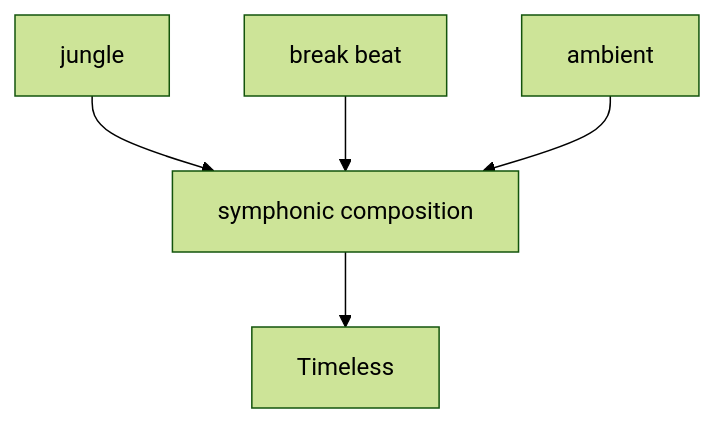
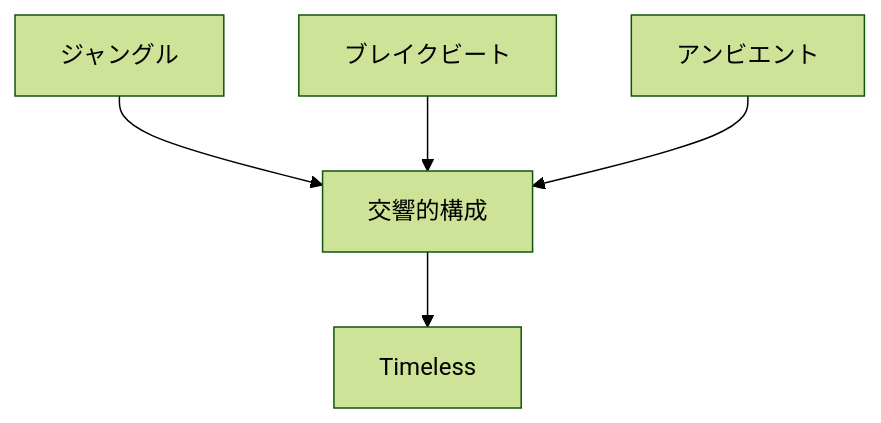
One commit to monumental-movement/monumental-movement.github.io changed the fifth of 10 diagrams in en/_posts/2026-07-03-column-influential-album-07.md. Above: the diagram before and after it, drawn with Mermaid (forest theme). The commit also changed other lines of this file and 2196 other files, not shown here.

```diff
--- a/en/_posts/2026-07-03-column-influential-album-07.md
+++ b/en/_posts/2026-07-03-column-influential-album-07.md
@@ -923,15 +921,15 @@
 <div class="mermaid">
 flowchart TD
 
-A[jungle]
-B[break beat]
-C[ambient]
-D[symphonic composition]
+A[ジャングル]
+B[ブレイクビート]
+C[アンビエント]
+D[交響的構成]
 E[Timeless]
 
 A --> D
 B --> D
 C --> D
 D --> E
 
 </div>
```
